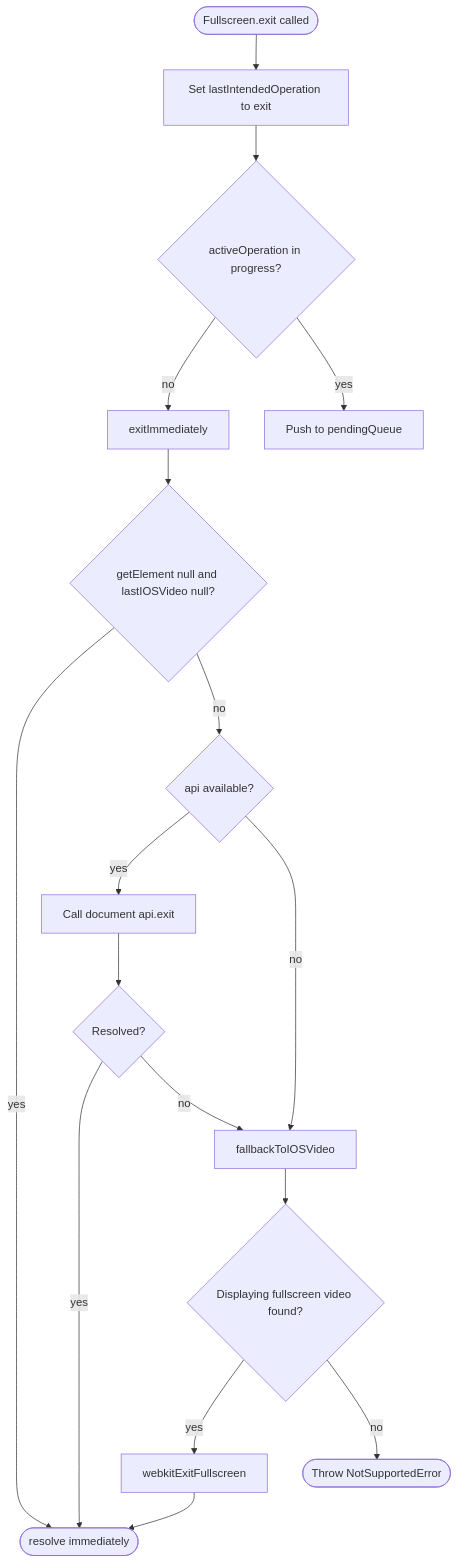
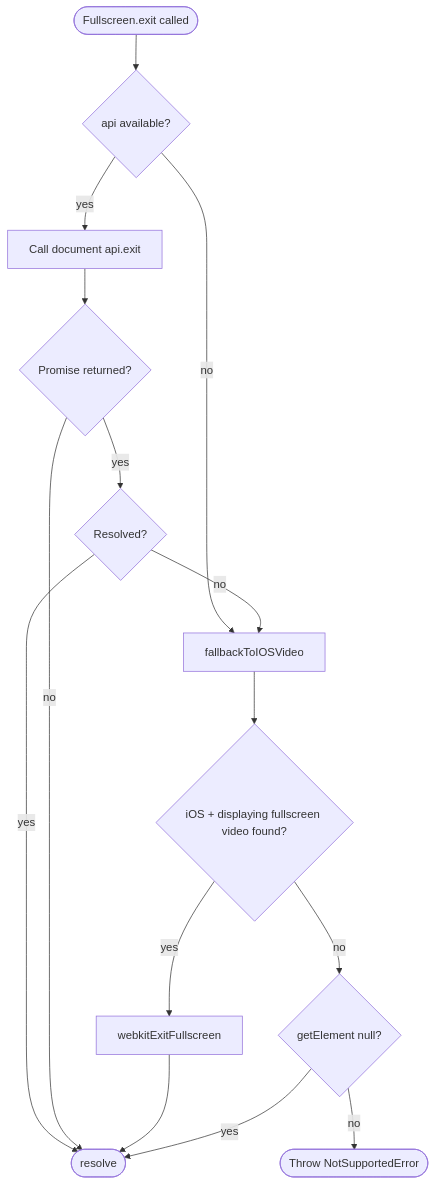
The fourth of 9 diagrams in README.md (pjy0509/native-fn), drawn with Mermaid before and after one commit. The commit also changed other lines of this file and 231 other files, not shown here.

````diff
--- a/README.md
+++ b/README.md
@@ -662,19 +827,17 @@
 ```mermaid
 flowchart TD
-    A([Fullscreen.exit called]) --> B[Set lastIntendedOperation to exit]
-    B --> C{activeOperation in progress?}
-    C -->|no| D[exitImmediately]
-    C -->|yes| E[Push to pendingQueue]
-    D --> F{getElement null and lastIOSVideo null?}
-    F -->|yes| K([resolve immediately])
-    F -->|no| G{api available?}
-    G -->|yes| H[Call document api.exit]
-    G -->|no| I[fallbackToIOSVideo]
-    H --> J{Resolved?}
-    J -->|yes| K
-    J -->|no| I
-    I --> L{Displaying fullscreen video found?}
-    L -->|yes| M[webkitExitFullscreen]
-    M --> K
-    L -->|no| N([Throw NotSupportedError])
+    A([Fullscreen.exit called]) --> B{api available?}
+    B -->|yes| C[Call document api.exit]
+    B -->|no| D[fallbackToIOSVideo]
+    C --> E{Promise returned?}
+    E -->|yes| F{Resolved?}
+    F -->|yes| G([resolve])
+    F -->|no| D
+    E -->|no| G
+    D --> H{iOS + displaying fullscreen video found?}
+    H -->|yes| I[webkitExitFullscreen]
+    I --> G
+    H -->|no| J{getElement null?}
+    J -->|yes| G
+    J -->|no| K([Throw NotSupportedError])
 ```
````
